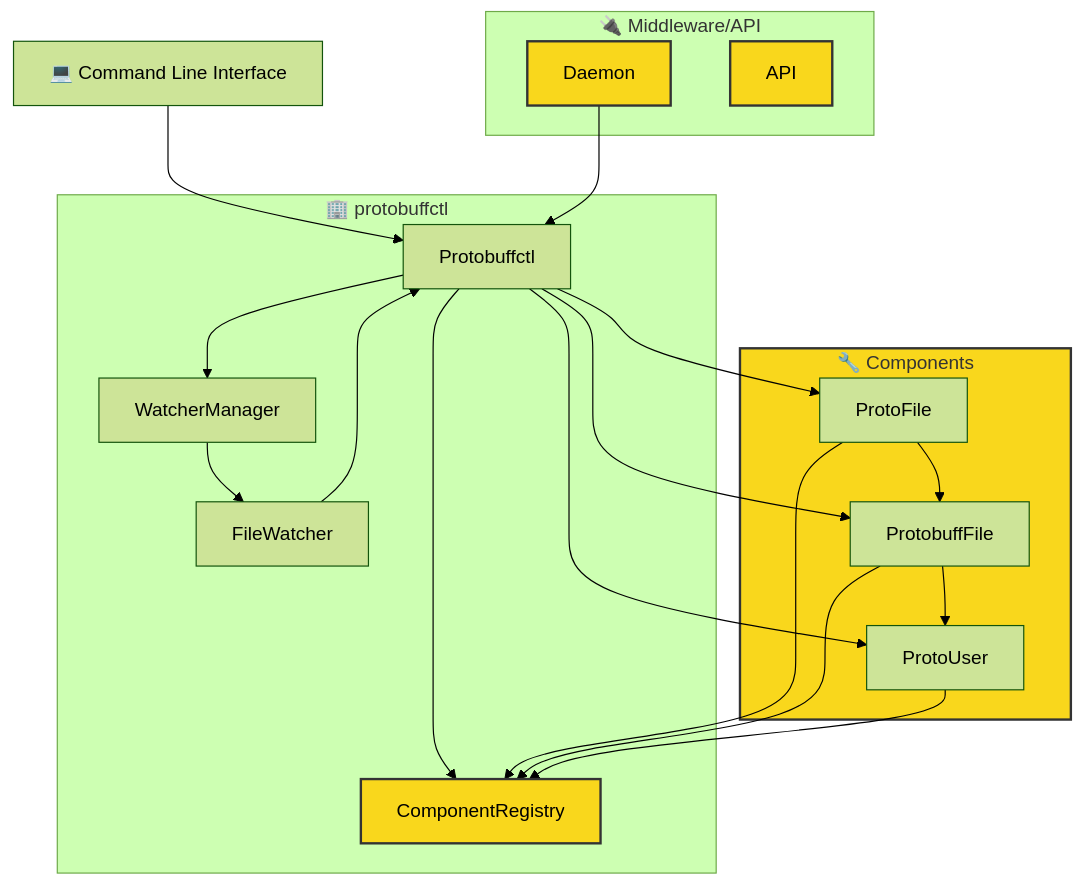
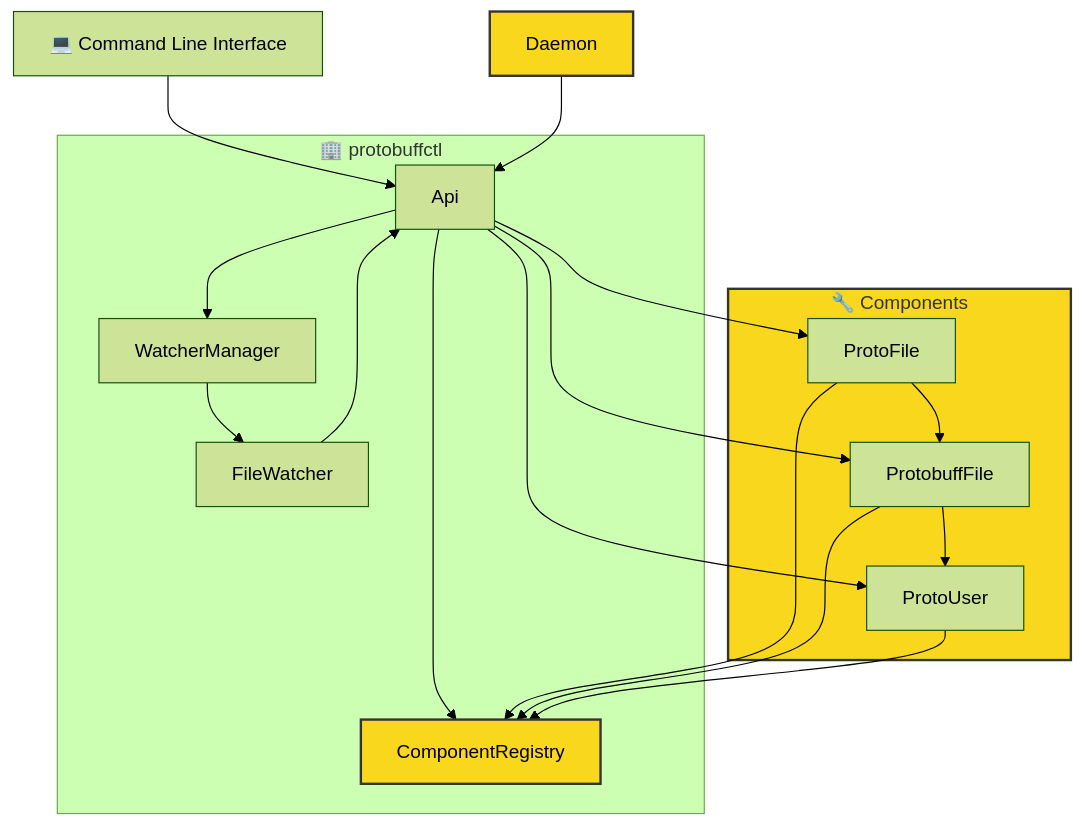
The diagram in README.md (ji-podhead/protobuffctl), drawn with Mermaid (forest theme) before and after one commit.

````diff
--- a/README.md
+++ b/README.md
@@ -13,38 +13,34 @@
 ```mermaid
 graph TD;
-    CLI["💻 Command Line Interface"]-->Protobuffctl;
-    Protobuffctl-->WatcherManager;
-    Protobuffctl-->ComponentRegistry;
+    CLI["💻 Command Line Interface"]-->Api;
+    Api-->WatcherManager;
+    Api-->ComponentRegistry;
     WatcherManager-->FileWatcher;
-    FileWatcher-->Protobuffctl;
-    Protobuffctl-->ProtobuffFile;
-    Protobuffctl-->ProtoUser;
-    Protobuffctl-->ProtoFile;
+    FileWatcher-->Api;
+    Api-->ProtobuffFile;
+    Api-->ProtoUser;
+    Api-->ProtoFile;
     ProtoFile-->ProtobuffFile;
     ProtoFile-->ComponentRegistry;
     ProtobuffFile-->ProtoUser;
     ProtobuffFile-->ComponentRegistry;
     ProtoUser-->ComponentRegistry;
+  Daemon-->Api;
     subgraph protobuffctl [🏢 protobuffctl]
-        Protobuffctl;
+        Api;
         WatcherManager;
         FileWatcher;
         ComponentRegistry;
     end
     subgraph components [🔧 Components]
         ProtoFile;
         ProtobuffFile;
         ProtoUser;
     end
-    Daemon-->Protobuffctl;
-    subgraph middleware [🔌 Middleware/API]
-        Daemon;
-        API;
-    end
     style components fill:#f9d71c,stroke:#333,stroke-width:2px
     style ComponentRegistry fill:#f9d71c,stroke:#333,stroke-width:2px
     style components fill:#f9d71c,stroke:#333,stroke-width:2px
     style ComponentRegistry fill:#f9d71c,stroke:#333,stroke-width:2px
     style Daemon fill:#f9d71c,stroke:#333,stroke-width:2px
-    style API fill:#f9d71c,stroke:#333,stroke-width:2px
+
 ```
````
